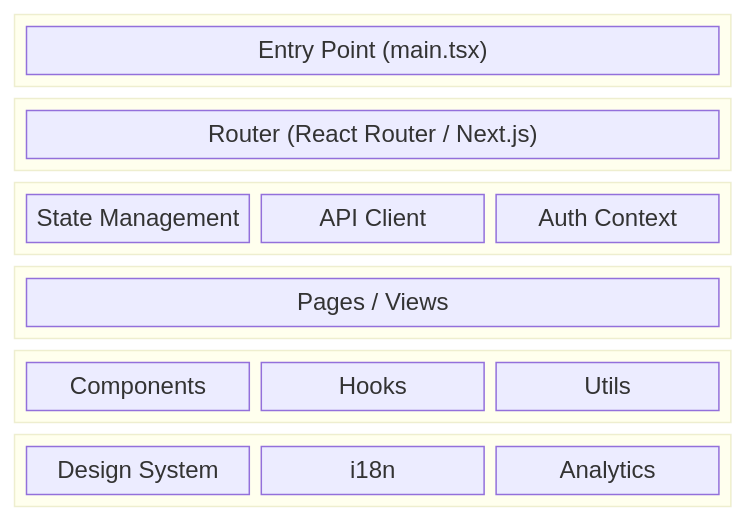
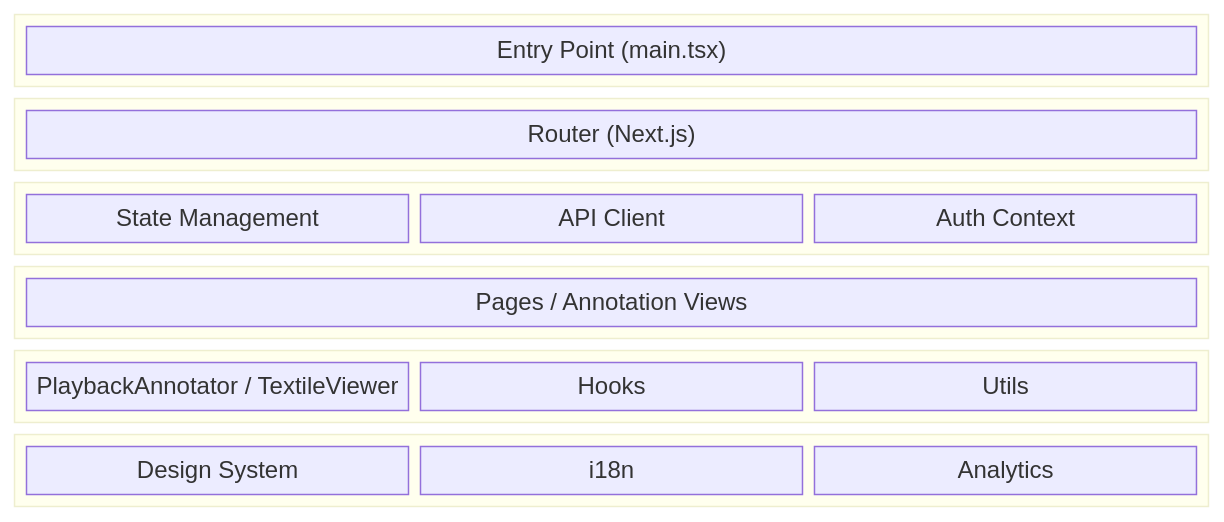
One commit to Katty-Fashion/AIRise-ai-fabric-inspection changed the third of 3 diagrams in README.md. Above: the diagram before and after it, drawn with Mermaid. The commit also changed other lines of this file, not shown here.

````diff
--- a/README.md
+++ b/README.md
@@ -115,28 +121,28 @@
 ```mermaid
 block-beta
     columns 3
 
     block:entry:3
         A["Entry Point (main.tsx)"]
     end
 
     block:routing:3
-        B["Router (React Router / Next.js)"]
+        B["Router (Next.js)"]
     end
 
     block:state:3
         C["State Management"] D["API Client"] E["Auth Context"]
     end
 
     block:ui:3
-        F["Pages / Views"]
+        F["Pages / Annotation Views"]
     end
 
     block:components:3
-        G["Components"] H["Hooks"] I["Utils"]
+        G["PlaybackAnnotator / TextileViewer"] H["Hooks"] I["Utils"]
     end
 
     block:infra:3
         J["Design System"] K["i18n"] L["Analytics"]
     end
 ```
````
